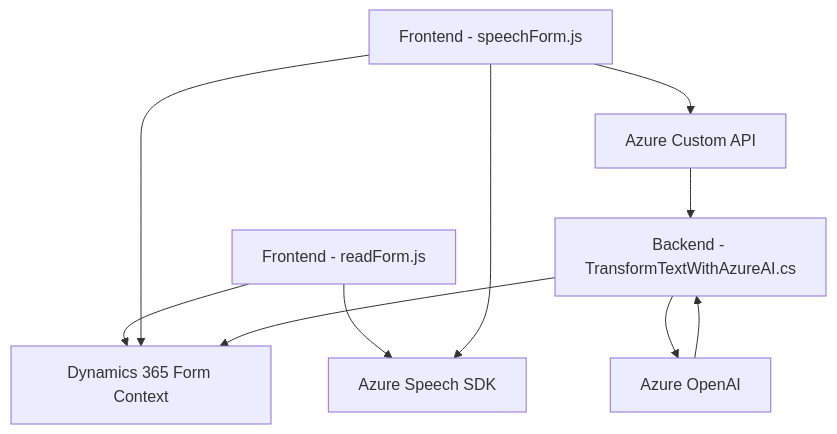
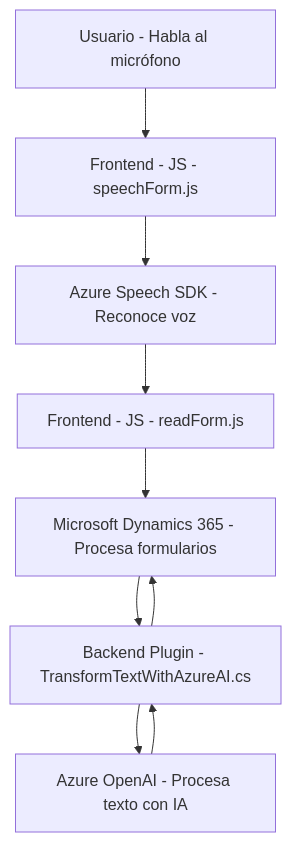
The diagram in README.md (blopezdm/NETCORE_BILBAO2025), drawn with Mermaid before and after one commit. The commit also changed other lines of this file, not shown here.

Commit message:
Actualizar análisis global de la solución con IA

````diff
--- a/README.md
+++ b/README.md
@@ -35,13 +53,19 @@
 ```mermaid
 graph TD
-  A["Frontend - readForm.js"] --> B["Azure Speech SDK"]
-  A --> C["Dynamics 365 Form Context"]
-  D["Frontend - speechForm.js"] --> C
-  D --> B
-  D --> E["Azure Custom API"]
+    A["Usuario - Habla al micrófono"]
+    B["Frontend - JS - speechForm.js"]
+    C["Azure Speech SDK - Reconoce voz"]
+    D["Frontend - JS - readForm.js"]
+    E["Microsoft Dynamics 365 - Procesa formularios"]
+    F["Backend Plugin - TransformTextWithAzureAI.cs"]
+    G["Azure OpenAI - Procesa texto con IA"]
 
-  F["Backend - TransformTextWithAzureAI.cs"] --> G["Azure OpenAI"]
-  F --> C
-  G --> F
-  E --> F
+    A --> B
+    B --> C
+    C --> D
+    D --> E
+    E --> F
+    F --> G
+    G --> F
+    F --> E
 ```
````
